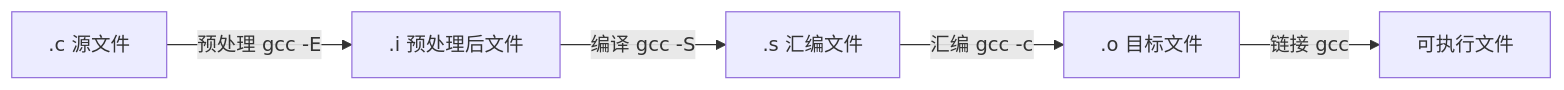
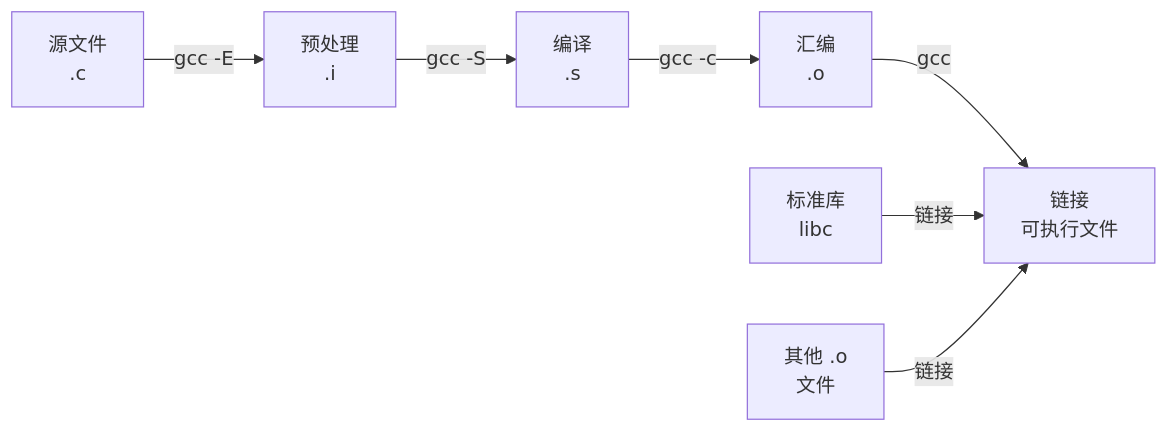
The diagram in books/c-and-pointers/module-00-c-basics/lesson-01-program-structure.md (KahanaT800/ReadBooksWithAI), drawn with Mermaid before and after one commit. The commit also changed other lines of this file and 52 other files, not shown here.

````diff
--- a/books/c-and-pointers/module-00-c-basics/lesson-01-program-structure.md
+++ b/books/c-and-pointers/module-00-c-basics/lesson-01-program-structure.md
@@ -148,7 +209,9 @@
 ```mermaid
 graph LR
-    A[".c 源文件"] -->|预处理 gcc -E| B[".i 预处理后文件"]
-    B -->|编译 gcc -S| C[".s 汇编文件"]
-    C -->|汇编 gcc -c| D[".o 目标文件"]
-    D -->|链接 gcc| E["可执行文件"]
+    A["源文件<br/>.c"] -->|"gcc -E"| B["预处理<br/>.i"]
+    B -->|"gcc -S"| C["编译<br/>.s"]
+    C -->|"gcc -c"| D["汇编<br/>.o"]
+    D -->|"gcc"| E["链接<br/>可执行文件"]
+    F["标准库<br/>libc"] -->|链接| E
+    G["其他 .o<br/>文件"] -->|链接| E
 ```
````
